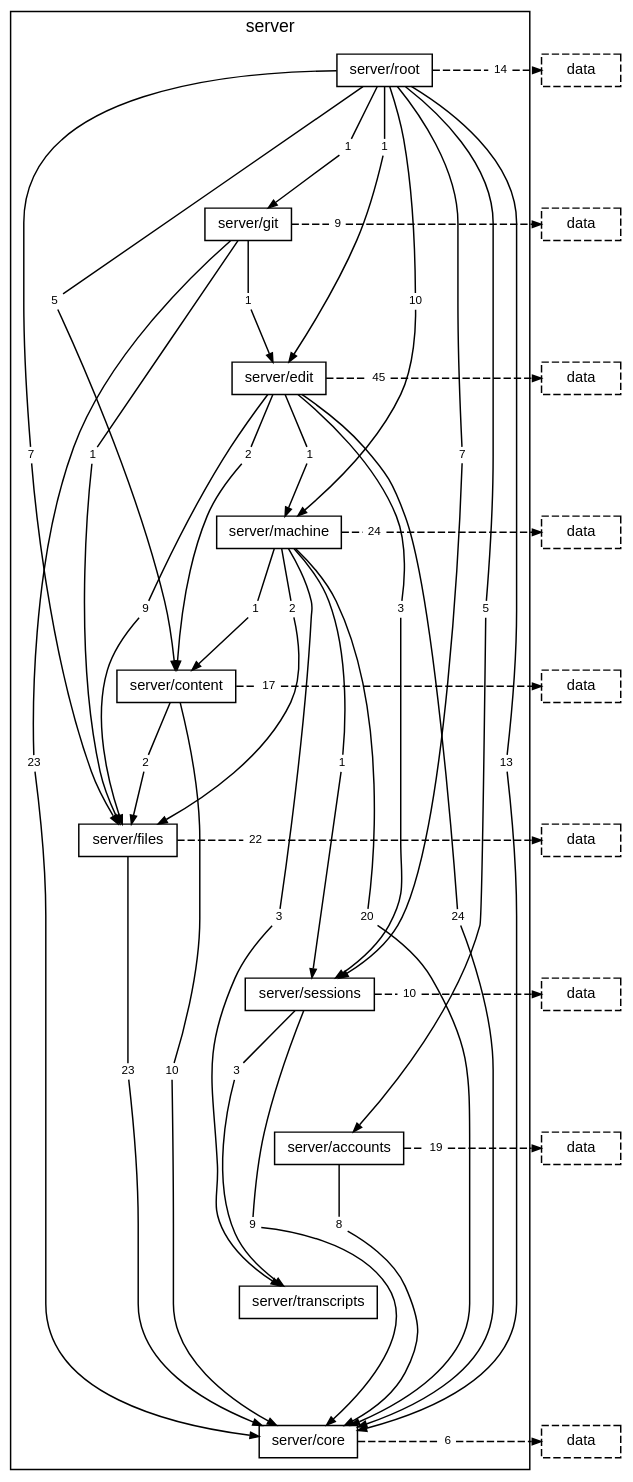
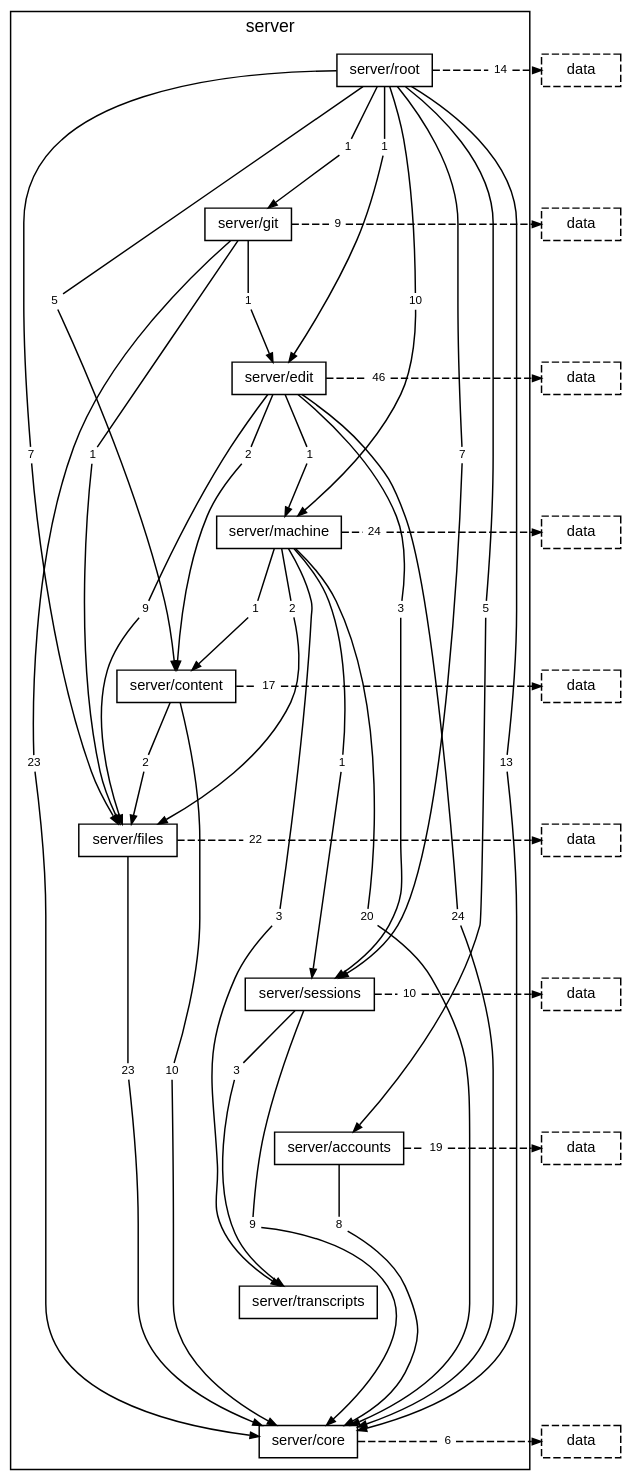
The diagram in docs/diagrams/layer-server.dot (TheAxeC/oculus), drawn with Graphviz before and after one commit. The commit also changed 146 other files, not shown here.

```diff
--- a/docs/diagrams/layer-server.dot
+++ b/docs/diagrams/layer-server.dot
@@ -32,7 +32,7 @@
         "folder server/edit to folder server/files" [label="9", shape=box, color="transparent", fontsize=8, width=0, height=0, margin="0.04,0.02"];
         "folder server/edit to folder server/machine" [label="1", shape=box, color="transparent", fontsize=8, width=0, height=0, margin="0.04,0.02"];
         "folder server/edit to folder server/sessions" [label="3", shape=box, color="transparent", fontsize=8, width=0, height=0, margin="0.04,0.02"];
-        "folder server/edit to layer data" [label="45", shape=box, color="transparent", fontsize=8, width=0, height=0, margin="0.04,0.02"];
+        "folder server/edit to layer data" [label="46", shape=box, color="transparent", fontsize=8, width=0, height=0, margin="0.04,0.02"];
         "folder server/machine to folder server/content" [label="1", shape=box, color="transparent", fontsize=8, width=0, height=0, margin="0.04,0.02"];
         "folder server/machine to folder server/core" [label="20", shape=box, color="transparent", fontsize=8, width=0, height=0, margin="0.04,0.02"];
         "folder server/machine to folder server/files" [label="2", shape=box, color="transparent", fontsize=8, width=0, height=0, margin="0.04,0.02"];
```
